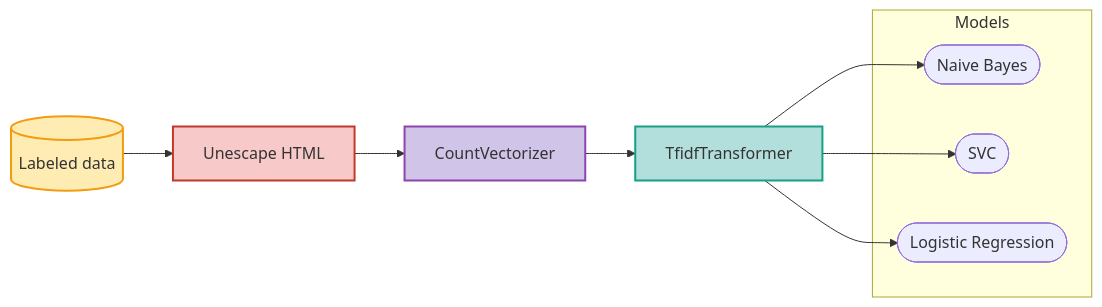
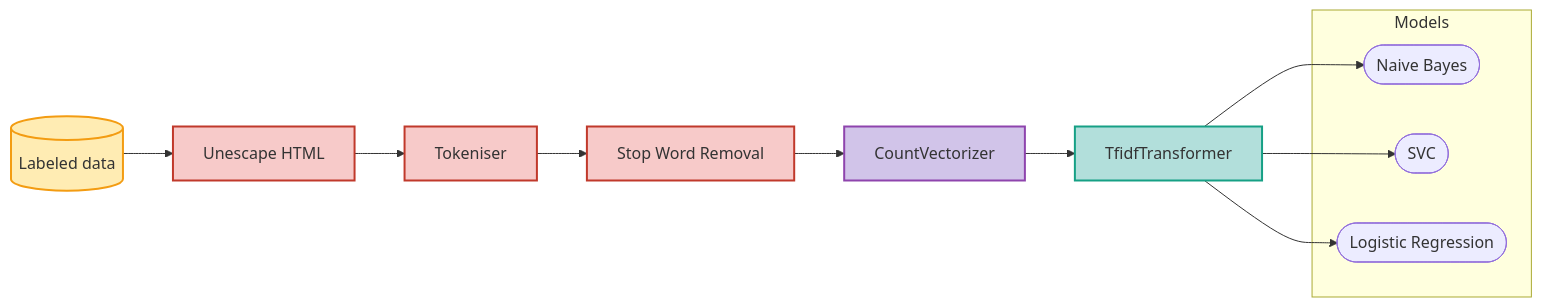
The second of 2 diagrams in PROJET.md (mathisdrn/M1MIASHS-NLP), drawn with Mermaid before and after one commit. The commit also changed other lines of this file and 1 other file, not shown here.

````diff
--- a/PROJET.md
+++ b/PROJET.md
@@ -150,21 +187,25 @@
-```{mermaid}
+:::{mermaid}
 flowchart LR
     A[(Labeled data)] --> G[Unescape HTML]
-    G --> B[CountVectorizer]
+    G --> H[Tokeniser]
+    H --> I[Stop Word Removal]
+    I --> B[CountVectorizer]
     B --> C[TfidfTransformer]
     
     subgraph Models
         D([Naive Bayes])
         E([SVC])
         F([Logistic Regression])
     end
     
     C --> D
     C --> E
     C --> F
 
     style A fill:#ffecb3,stroke:#f39c12,stroke-width:2px
     style G fill:#f7cac9,stroke:#c0392b,stroke-width:2px
+    style H fill:#f7cac9,stroke:#c0392b,stroke-width:2px
+    style I fill:#f7cac9,stroke:#c0392b,stroke-width:2px
     style B fill:#d1c4e9,stroke:#8e44ad,stroke-width:2px
     style C fill:#b2dfdb,stroke:#16a085,stroke-width:2px
-```
+:::
````
